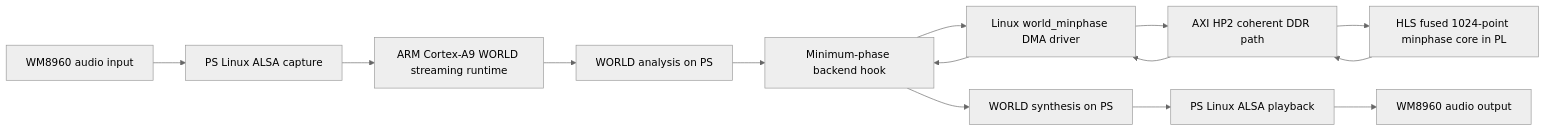
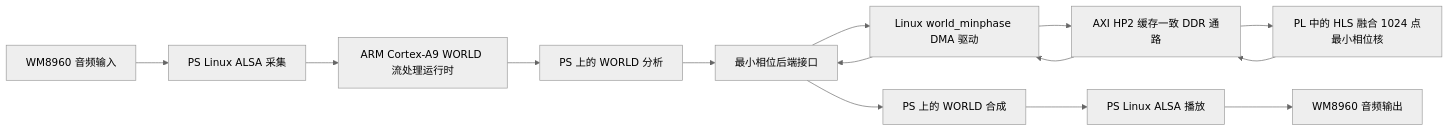
Before and after one commit to Pi-debug-cmd/amd-zynq-world-voice-pl-2026: the diagram in report/architecture.md, drawn with Mermaid (neutral theme). The commit also changed other lines of this file and 24 other files, not shown here.

````diff
--- a/report/architecture.md
+++ b/report/architecture.md
@@ -3,16 +3,16 @@
 ```mermaid
 flowchart LR
-  Mic[WM8960 audio input] --> ALSA[PS Linux ALSA capture]
-  ALSA --> Runtime[ARM Cortex-A9 WORLD streaming runtime]
-  Runtime --> Analyze[WORLD analysis on PS]
-  Analyze --> Hook[Minimum-phase backend hook]
-  Hook --> Driver[Linux world_minphase DMA driver]
-  Driver --> HP2[AXI HP2 coherent DDR path]
-  HP2 --> HLS[HLS fused 1024-point minphase core in PL]
+  Mic[WM8960 音频输入] --> ALSA[PS Linux ALSA 采集]
+  ALSA --> Runtime[ARM Cortex-A9 WORLD 流处理运行时]
+  Runtime --> Analyze[PS 上的 WORLD 分析]
+  Analyze --> Hook[最小相位后端接口]
+  Hook --> Driver[Linux world_minphase DMA 驱动]
+  Driver --> HP2[AXI HP2 缓存一致 DDR 通路]
+  HP2 --> HLS[PL 中的 HLS 融合 1024 点最小相位核]
   HLS --> HP2
   HP2 --> Driver
   Driver --> Hook
-  Hook --> Synthesis[WORLD synthesis on PS]
-  Synthesis --> ALSAout[PS Linux ALSA playback]
-  ALSAout --> Codec[WM8960 audio output]
+  Hook --> Synthesis[PS 上的 WORLD 合成]
+  Synthesis --> ALSAout[PS Linux ALSA 播放]
+  ALSAout --> Codec[WM8960 音频输出]
 ```
````
